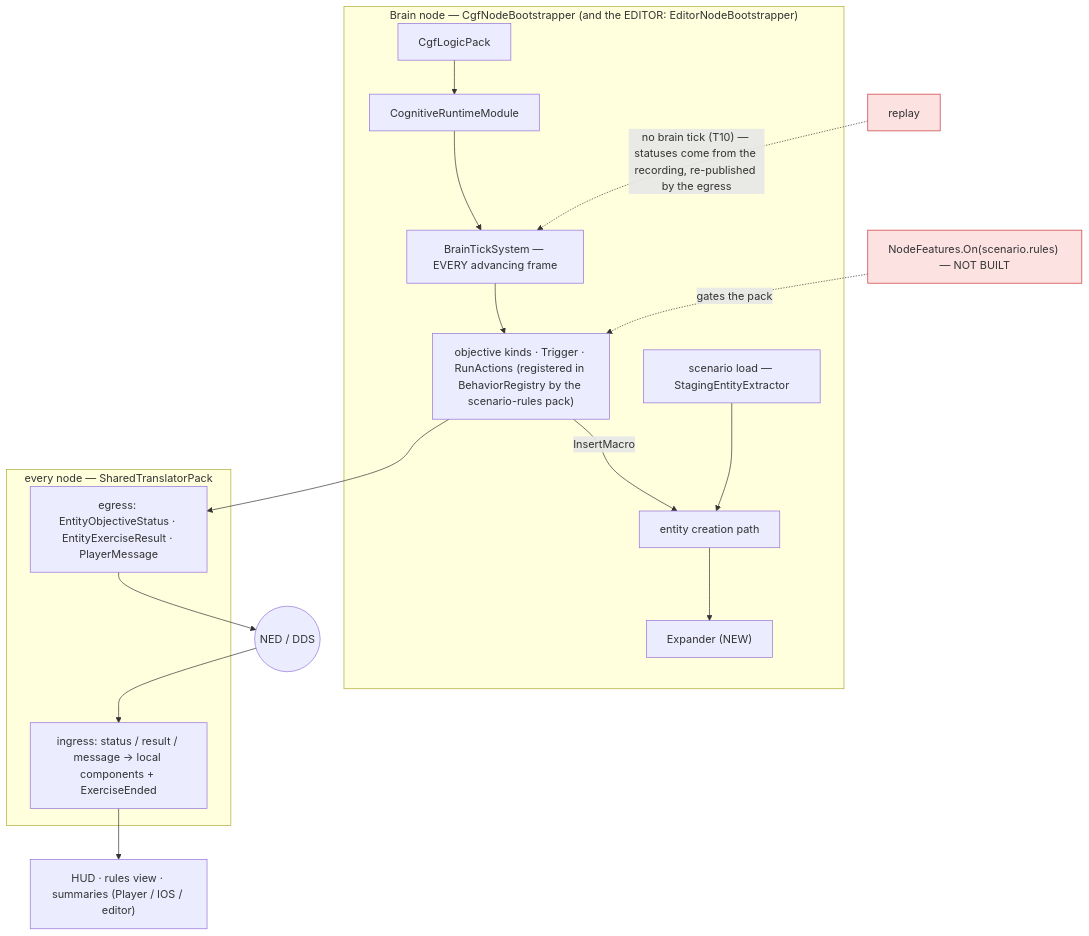
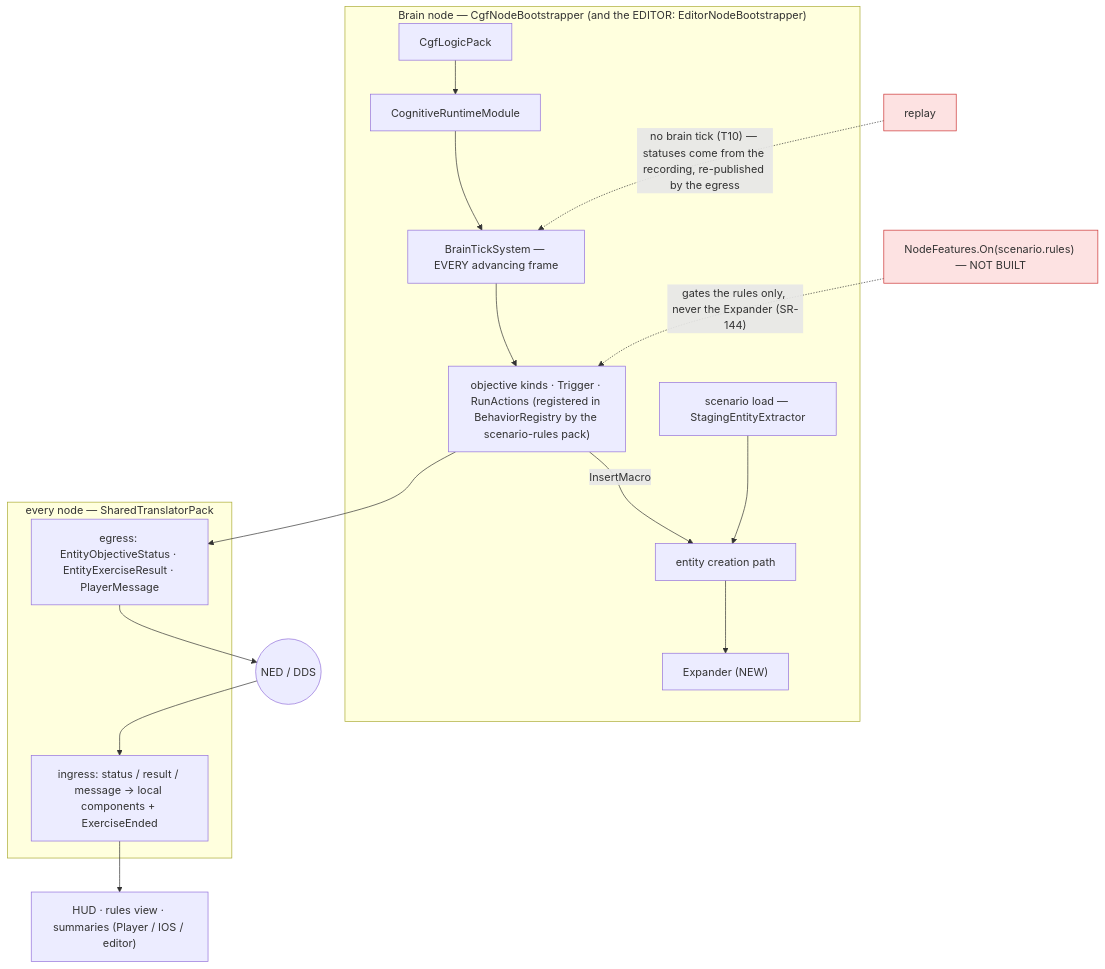
The third of 13 diagrams in docs/DESIGN_Scenario_Rules.md (pjanec/HROT), drawn with Mermaid before and after one commit. The commit also changed other lines of this file and 1 other file, not shown here.

Commit message:
Node features F-13…F-18 approved; F-19 / SR-144: macro expansion is CORE (creation path), never gated by scenario.rules
User: macro expansion is a standalone, generally usable core feature, only
used by the rules system.

Claude-Session: https://claude.ai/code/session_015HdXr83WacDQJB6gNp8WZV

````diff
--- a/docs/DESIGN_Scenario_Rules.md
+++ b/docs/DESIGN_Scenario_Rules.md
@@ -169,21 +169,21 @@
 ```mermaid
 graph TD
     subgraph brainnode["Brain node — CgfNodeBootstrapper (and the EDITOR: EditorNodeBootstrapper)"]
         CLP["CgfLogicPack"] --> CRM["CognitiveRuntimeModule"] --> BTS["BrainTickSystem — EVERY advancing frame"]
         BTS --> RULES["objective kinds · Trigger · RunActions (registered in BehaviorRegistry by the scenario-rules pack)"]
         CREATE["entity creation path"] --> EXP["Expander (NEW)"]
         RULES -- "InsertMacro" --> CREATE
         LOAD["scenario load — StagingEntityExtractor"] --> CREATE
     end
     subgraph shared["every node — SharedTranslatorPack"]
         EG["egress: EntityObjectiveStatus · EntityExerciseResult · PlayerMessage"]
         IG["ingress: status / result / message → local components + ExerciseEnded"]
     end
     RULES --> EG
     EG --> W(("NED / DDS"))
     W --> IG
     IG --> UI["HUD · rules view · summaries (Player / IOS / editor)"]
-    NF["NodeFeatures.On(scenario.rules) — NOT BUILT"]:::dead -. "gates the pack" .-> RULES
+    NF["NodeFeatures.On(scenario.rules) — NOT BUILT"]:::dead -. "gates the rules only, never the Expander (SR-144)" .-> RULES
     REPLAY["replay"]:::dead -. "no brain tick (T10) — statuses come from the recording, re-published by the egress" .-> BTS
     classDef dead fill:#fde2e2,stroke:#c33
 ```
````
